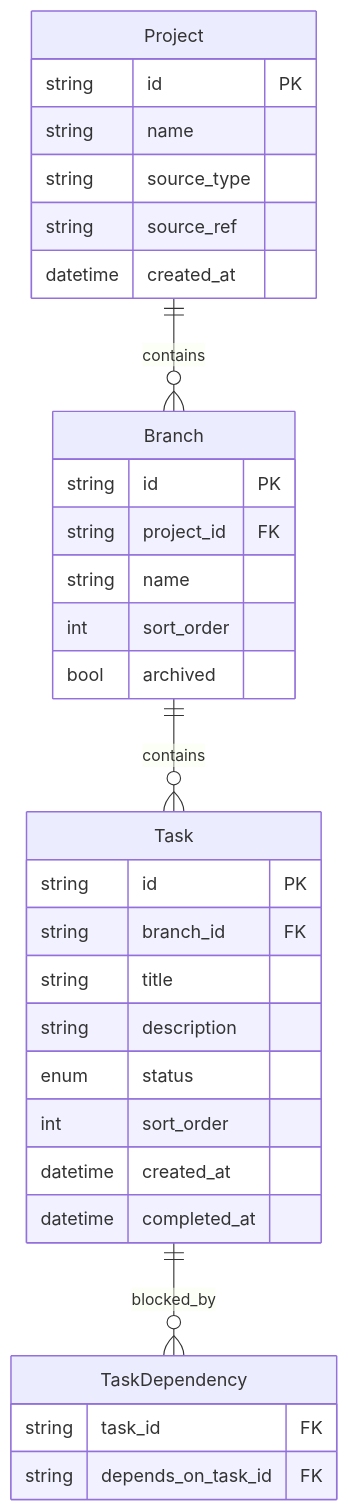
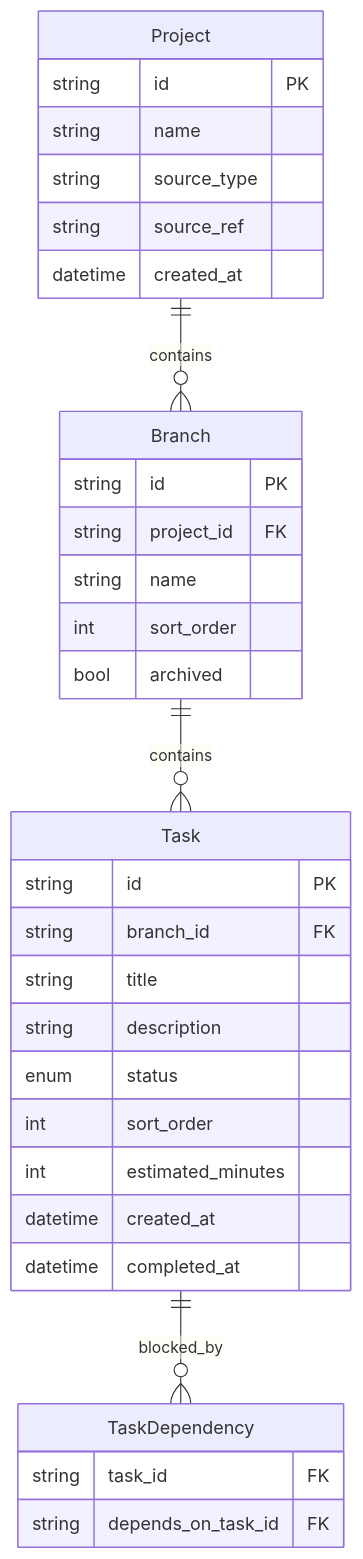
One commit to ArtrixTech/human-composer changed the third of 5 diagrams in .cursor/plans/human_composer_产品设计_7db1e838.plan.md. Above: the diagram before and after it, drawn with Mermaid. The commit also changed other lines of this file and 2 other files, not shown here.

````diff
--- a/.cursor/plans/human_composer_产品设计_7db1e838.plan.md
+++ b/.cursor/plans/human_composer_产品设计_7db1e838.plan.md
@@ -166,34 +188,35 @@
 ```mermaid
 erDiagram
     Project ||--o{ Branch : contains
     Branch ||--o{ Task : contains
     Task ||--o{ TaskDependency : "blocked_by"
     Task {
         string id PK
         string branch_id FK
         string title
         string description
         enum status
         int sort_order
+        int estimated_minutes
         datetime created_at
         datetime completed_at
     }
     Branch {
         string id PK
         string project_id FK
         string name
         int sort_order
         bool archived
     }
     Project {
         string id PK
         string name
         string source_type
         string source_ref
         datetime created_at
     }
     TaskDependency {
         string task_id FK
         string depends_on_task_id FK
     }
 ```
````
